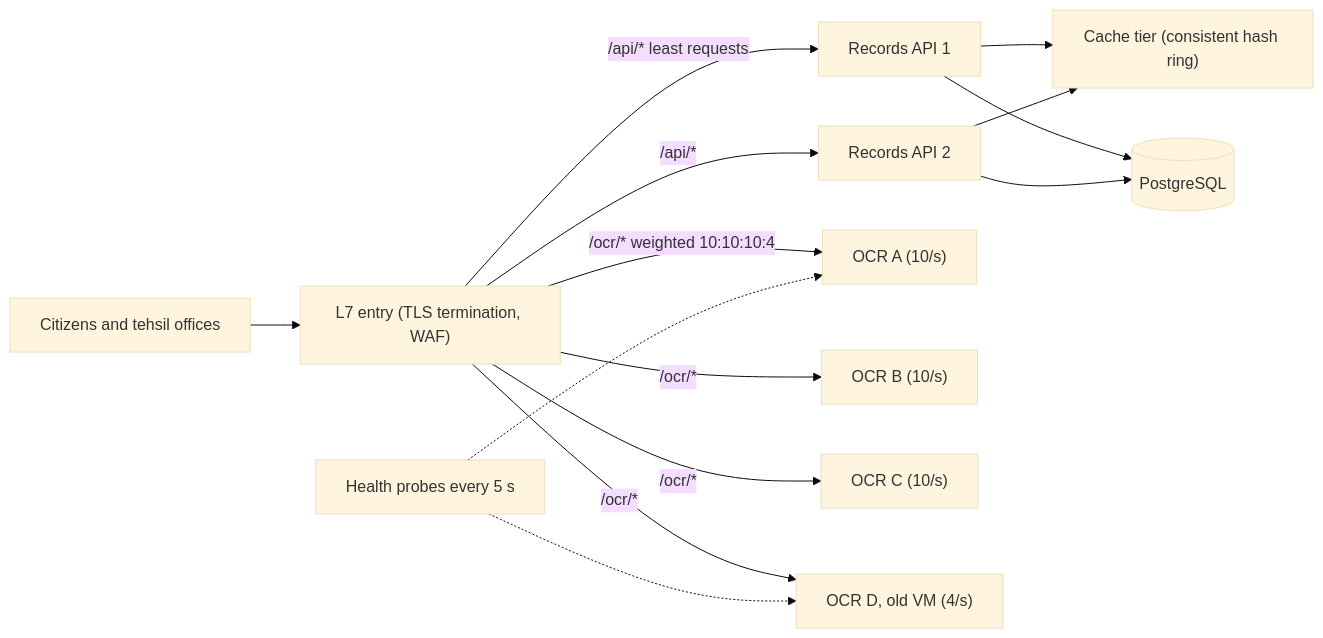
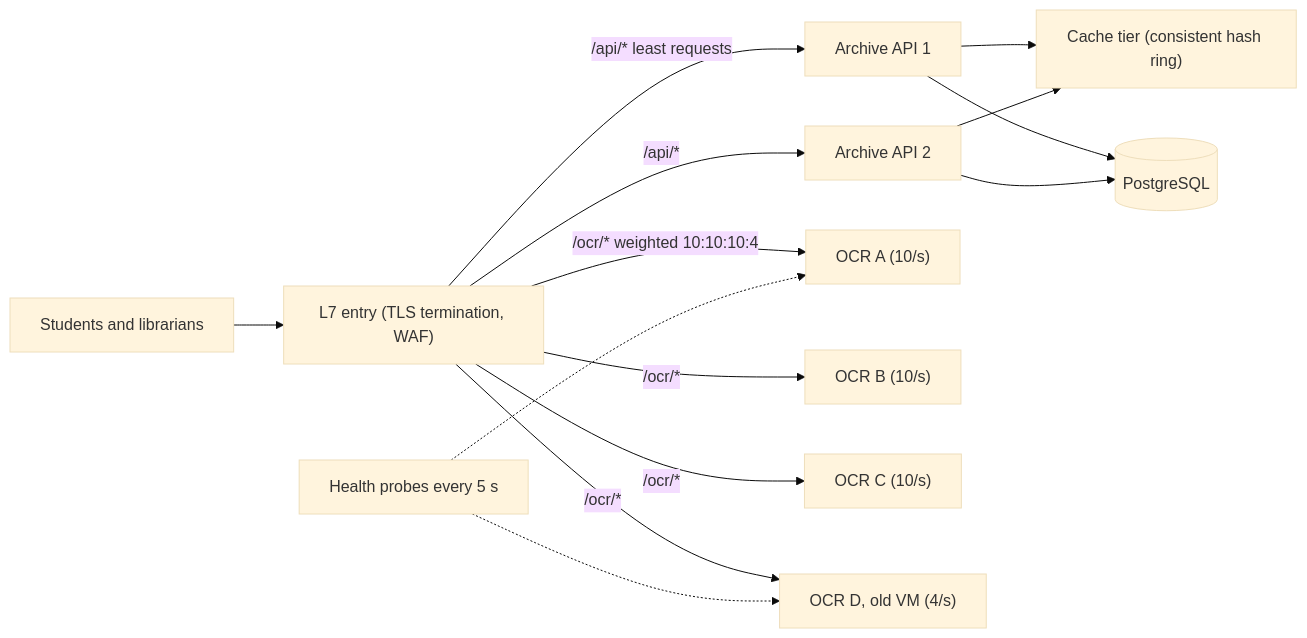
The first of 2 diagrams in content/lessons/m11/m11-load-balancing.md (rizwi0786/system-design-lab), drawn with Mermaid (base theme) before and after one commit. The commit also changed other lines of this file and 334 other files, not shown here.

````diff
--- a/content/lessons/m11/m11-load-balancing.md
+++ b/content/lessons/m11/m11-load-balancing.md
@@ -227,16 +227,16 @@
 ```mermaid
 flowchart LR
-    U["Citizens and tehsil offices"] --> FD["L7 entry (TLS termination, WAF)"]
-    FD -->|"/api/*  least requests"| API1["Records API 1"]
-    FD -->|"/api/*"| API2["Records API 2"]
+    U["Students and librarians"] --> FD["L7 entry (TLS termination, WAF)"]
+    FD -->|"/api/*  least requests"| API1["Archive API 1"]
+    FD -->|"/api/*"| API2["Archive API 2"]
     FD -->|"/ocr/*  weighted 10:10:10:4"| O1["OCR A (10/s)"]
     FD -->|"/ocr/*"| O2["OCR B (10/s)"]
     FD -->|"/ocr/*"| O3["OCR C (10/s)"]
     FD -->|"/ocr/*"| O4["OCR D, old VM (4/s)"]
     API1 --> CR["Cache tier (consistent hash ring)"]
     API2 --> CR
     HC["Health probes every 5 s"] -.-> O1
     HC -.-> O4
     API1 --> DB[("PostgreSQL")]
     API2 --> DB
 ```
````
